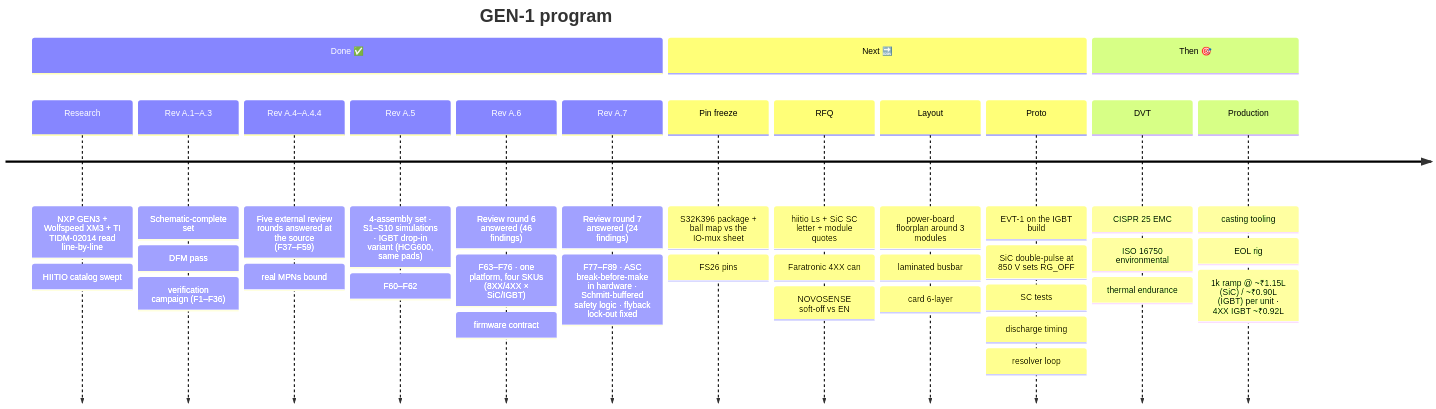
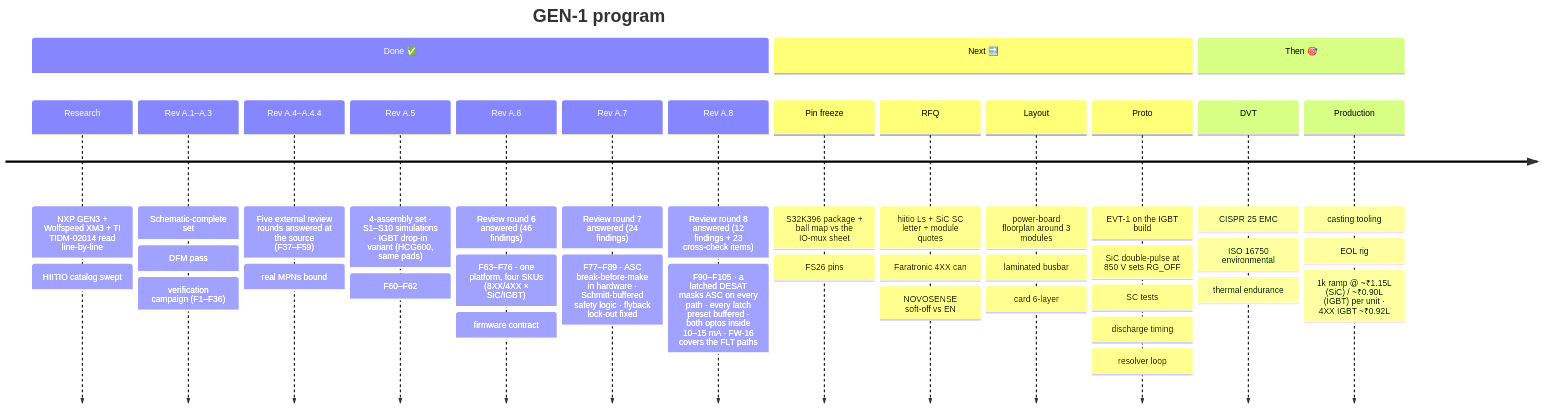
One commit to vectivolt/Traction-Inverter-GEN-1 changed the ninth of 9 diagrams in README.md. Above: the diagram before and after it, drawn with Mermaid. The commit also changed other lines of this file and 53 other files, not shown here.

First line of the commit message:
Rev A.8: review round 8 response (R7-01..07, A7-N01..05) + cross-check

````diff
--- a/README.md
+++ b/README.md
@@ -616,19 +619,20 @@
 ```mermaid
 timeline
     title GEN-1 program
     section Done ✅
         Research : NXP GEN3 + Wolfspeed XM3 + TI TIDM-02014 read line-by-line : HIITIO catalog swept
         Rev A.1–A.3 : Schematic-complete set : DFM pass : verification campaign (F1–F36)
         Rev A.4–A.4.4 : Five external review rounds answered at the source (F37–F59) : real MPNs bound
         Rev A.5 : 4-assembly set · S1–S10 simulations · IGBT drop-in variant (HCG600, same pads) : F60–F62
         Rev A.6 : Review round 6 answered (46 findings) : F63–F76 · one platform, four SKUs (8XX/4XX × SiC/IGBT) : firmware contract
         Rev A.7 : Review round 7 answered (24 findings) : F77–F89 · ASC break-before-make in hardware · Schmitt-buffered safety logic · flyback lock-out fixed
+        Rev A.8 : Review round 8 answered (12 findings + 23 cross-check items) : F90–F105 · a latched DESAT masks ASC on every path · every latch preset buffered · both optos inside 10–15 mA · FW-16 covers the FLT paths
     section Next 🔜
         Pin freeze : S32K396 package + ball map vs the IO-mux sheet : FS26 pins
         RFQ : hiitio Ls + SiC SC letter + module quotes : Faratronic 4XX can : NOVOSENSE soft-off vs EN
         Layout : power-board floorplan around 3 modules : laminated busbar : card 6-layer
         Proto : EVT-1 on the IGBT build : SiC double-pulse at 850 V sets RG_OFF : SC tests : discharge timing : resolver loop
     section Then 🎯
         DVT : CISPR 25 EMC : ISO 16750 environmental : thermal endurance
         Production : casting tooling : EOL rig : 1k ramp @ ~₹1.15L (SiC) / ~₹0.90L (IGBT) per unit · 4XX IGBT ~₹0.92L
 ```
````
